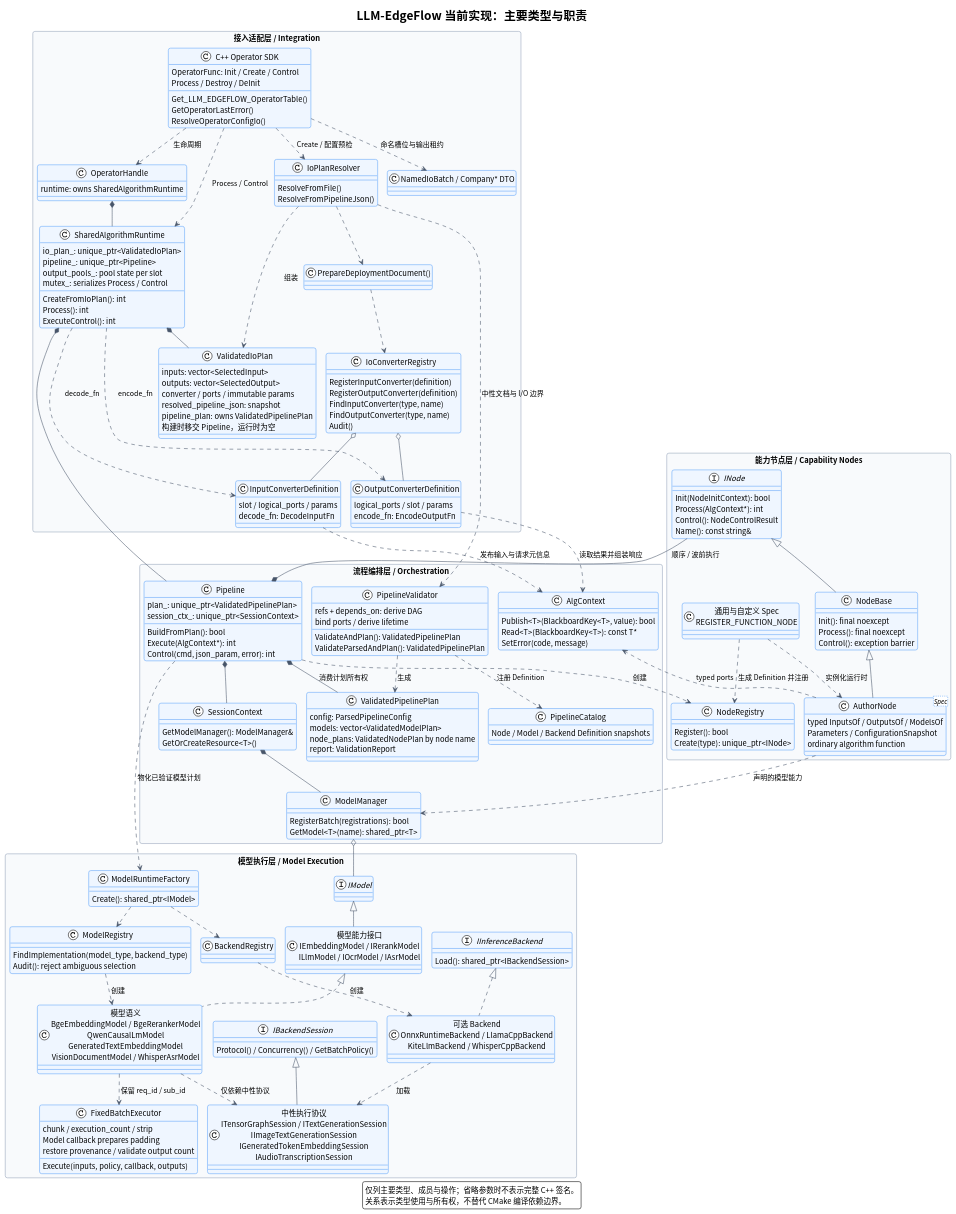
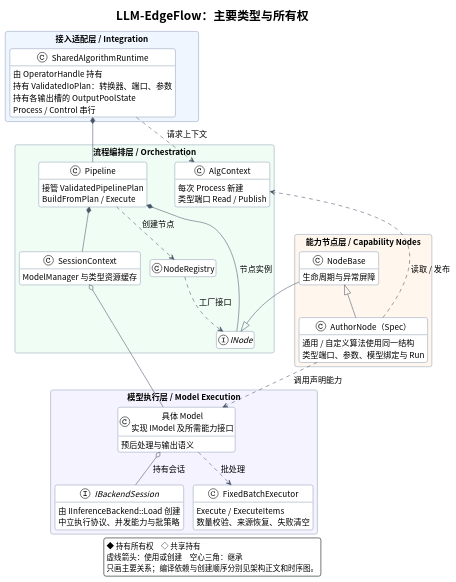
Before and after one commit to chamsechan/LLM-EdgeFlow: the diagram in doc/architecture_classes.puml, drawn with PlantUML. The commit also changed 32 other files, not shown here.

Commit message:
docs: streamline project documentation and align architecture diagrams

```diff
--- a/doc/architecture_classes.puml
+++ b/doc/architecture_classes.puml
@@ -3,6 +3,7 @@
 !theme plain
 skinparam backgroundColor #FFFFFF
 skinparam defaultFontName "Noto Sans CJK SC"
+skinparam defaultFontSize 15
 skinparam shadowing false
 skinparam roundCorner 8
 skinparam packageStyle rectangle
@@ -10,197 +11,81 @@
 skinparam ArrowColor #475569
 skinparam packageBackgroundColor #F8FAFC
 skinparam packageBorderColor #94A3B8
-skinparam classBackgroundColor #EFF6FF
-skinparam classBorderColor #60A5FA
+skinparam classBackgroundColor #FFFFFF
+skinparam classBorderColor #94A3B8
+hide empty members
 
-title LLM-EdgeFlow 当前实现：主要类型与职责
+title LLM-EdgeFlow：主要类型与所有权
 legend bottom
-  仅列主要类型、成员与操作；省略参数时不表示完整 C++ 签名。
-  关系表示类型使用与所有权，不替代 CMake 编译依赖边界。
+  ◆ 持有所有权　◇ 共享持有
+  虚线箭头：使用或创建　空心三角：继承
+  只画主要关系；编译依赖与创建顺序分别见架构正文和时序图。
 endlegend
 
-package "接入适配层 / Integration" {
-  class "C++ Operator SDK" as Operator {
-    Get_LLM_EDGEFLOW_OperatorTable()
-    GetOperatorLastError()
-    ResolveOperatorConfigIo()
-    OperatorFunc: Init / Create / Control
-    Process / Destroy / DeInit
-  }
-  class OperatorHandle {
-    runtime: owns SharedAlgorithmRuntime
-  }
+package "接入适配层 / Integration" as Integration #EFF6FF {
   class SharedAlgorithmRuntime {
-    io_plan_: unique_ptr<ValidatedIoPlan>
-    pipeline_: unique_ptr<Pipeline>
-    output_pools_: pool state per slot
-    mutex_: serializes Process / Control
-    CreateFromIoPlan(): int
-    Process(): int
-    ExecuteControl(): int
-  }
-  class ValidatedIoPlan {
-    inputs: vector<SelectedInput>
-    outputs: vector<SelectedOutput>
-    converter / ports / immutable params
-    resolved_pipeline_json: snapshot
-    pipeline_plan: owns ValidatedPipelinePlan
-    构建时移交 Pipeline，运行时为空
-  }
-  class IoPlanResolver {
-    ResolveFromFile()
-    ResolveFromPipelineJson()
-  }
-  class "PrepareDeploymentDocument()" as PrepareDeployment
-  class IoConverterRegistry {
-    RegisterInputConverter(definition)
-    RegisterOutputConverter(definition)
-    FindInputConverter(type, name)
-    FindOutputConverter(type, name)
-    Audit()
-  }
-  class InputConverterDefinition {
-    slot / logical_ports / params
-    decode_fn: DecodeInputFn
-  }
-  class OutputConverterDefinition {
-    logical_ports / slot / params
-    encode_fn: EncodeOutputFn
-  }
-  class "NamedIoBatch / Company* DTO" as ExternalIo
-}
-
-package "流程编排层 / Orchestration" {
-  class PipelineValidator {
-    ValidateAndPlan(): ValidatedPipelinePlan
-    refs + depends_on: derive DAG
-    bind ports / derive lifetime
-    ValidateParsedAndPlan(): ValidatedPipelinePlan
-  }
-  class ValidatedPipelinePlan {
-    config: ParsedPipelineConfig
-    models: vector<ValidatedModelPlan>
-    node_plans: ValidatedNodePlan by node name
-    report: ValidationReport
-  }
-  class Pipeline {
-    plan_: unique_ptr<ValidatedPipelinePlan>
-    session_ctx_: unique_ptr<SessionContext>
-    BuildFromPlan(): bool
-    Execute(AlgContext*): int
-    Control(cmd, json_param, error): int
-  }
-  class AlgContext {
-    Publish<T>(BlackboardKey<T>, value): bool
-    Read<T>(BlackboardKey<T>): const T*
-    SetError(code, message)
-  }
-  class SessionContext {
-    GetModelManager(): ModelManager&
-    GetOrCreateResource<T>()
-  }
-  class ModelManager {
-    RegisterBatch(registrations): bool
-    GetModel<T>(name): shared_ptr<T>
-  }
-  class PipelineCatalog {
-    Node / Model / Backend Definition snapshots
+    由 OperatorHandle 持有
+    持有 ValidatedIoPlan：转换器、端口、参数
+    持有各输出槽的 OutputPoolState
+    Process / Control 串行
   }
 }
 
-package "能力节点层 / Capability Nodes" {
-  interface INode {
-    Init(NodeInitContext): bool
-    Process(AlgContext*): int
-    Control(): NodeControlResult
-    Name(): const string&
+package "流程编排层 / Orchestration" as Orchestration #F0FDF4 {
+  class Pipeline {
+    接管 ValidatedPipelinePlan
+    BuildFromPlan / Execute
   }
-  class NodeBase {
-    Init(): final noexcept
-    Process(): final noexcept
-    Control(): exception barrier
+  class SessionContext {
+    ModelManager 与类型资源缓存
   }
-  class "AuthorNode<Spec>" as AuthorNode {
-    typed InputsOf / OutputsOf / ModelsOf
-    Parameters / ConfigurationSnapshot
-    ordinary algorithm function
+  class AlgContext {
+    每次 Process 新建
+    类型端口 Read / Publish
   }
-  class NodeRegistry {
-    Register(): bool
-    Create(type): unique_ptr<INode>
-  }
-  class "通用与自定义 Spec\nREGISTER_FUNCTION_NODE" as Specs
+  class NodeRegistry
+  interface INode
 }
 
-package "模型执行层 / Model Execution" {
-  interface IModel
-  class "模型能力接口\nIEmbeddingModel / IRerankModel\nILlmModel / IOcrModel / IAsrModel" as Capabilities
-  class "模型语义\nBgeEmbeddingModel / BgeRerankerModel\nQwenCausalLmModel\nGeneratedTextEmbeddingModel\nVisionDocumentModel / WhisperAsrModel" as Models
-  class ModelRegistry {
-    FindImplementation(model_type, backend_type)
-    Audit(): reject ambiguous selection
+package "能力节点层 / Capability Nodes" as Nodes #FFF7ED {
+  class NodeBase {
+    生命周期与异常屏障
   }
-  class ModelRuntimeFactory {
-    Create(): shared_ptr<IModel>
-  }
-  class BackendRegistry
-  interface IInferenceBackend {
-    Load(): shared_ptr<IBackendSession>
-  }
-  interface IBackendSession {
-    Protocol() / Concurrency() / GetBatchPolicy()
-  }
-  class "中性执行协议\nITensorGraphSession / ITextGenerationSession\nIImageTextGenerationSession\nIGeneratedTokenEmbeddingSession\nIAudioTranscriptionSession" as Sessions
-  class "可选 Backend\nOnnxRuntimeBackend / LlamaCppBackend\nKiteLlmBackend / WhisperCppBackend" as Backends
-  class FixedBatchExecutor {
-    Execute(inputs, policy, callback, outputs)
-    chunk / execution_count / strip
-    Model callback prepares padding
-    restore provenance / validate output count
+  class "AuthorNode（Spec）" as AuthorNode {
+    通用 / 自定义算法使用同一结构
+    类型端口、参数、模型绑定与 Run
   }
 }
 
-Operator ..> ExternalIo : 命名槽位与输出租约
-Operator ..> OperatorHandle : 生命周期
-OperatorHandle *-- SharedAlgorithmRuntime
-SharedAlgorithmRuntime *-- ValidatedIoPlan
+package "模型执行层 / Model Execution" as Execution #F5F3FF {
+  class "具体 Model\n实现 IModel 及所需能力接口" as Model {
+    预后处理与输出语义
+  }
+  interface IBackendSession {
+    由 IInferenceBackend::Load 创建
+    中立执行协议、并发能力与批策略
+  }
+  class FixedBatchExecutor {
+    Execute / ExecuteItems
+    数量校验、来源恢复、失败清空
+  }
+}
+
 SharedAlgorithmRuntime *-- Pipeline
-Operator ..> IoPlanResolver : Create / 配置预检
-IoPlanResolver ..> PrepareDeployment
-PrepareDeployment ..> IoConverterRegistry
-IoPlanResolver ..> PipelineValidator : 中性文档与 I/O 边界
-IoPlanResolver ..> ValidatedIoPlan : 组装
-IoConverterRegistry o-- InputConverterDefinition
-IoConverterRegistry o-- OutputConverterDefinition
-Operator ..> SharedAlgorithmRuntime : Process / Control
-SharedAlgorithmRuntime ..> InputConverterDefinition : decode_fn
-SharedAlgorithmRuntime ..> OutputConverterDefinition : encode_fn
-InputConverterDefinition ..> AlgContext : 发布输入与请求元信息
-OutputConverterDefinition ..> AlgContext : 读取结果并组装响应
-PipelineValidator ..> PipelineCatalog : 注册 Definition
-PipelineValidator ..> ValidatedPipelinePlan : 生成
-Pipeline *-- ValidatedPipelinePlan : 消费计划所有权
+SharedAlgorithmRuntime ..> AlgContext : 请求上下文
 Pipeline *-- SessionContext
-SessionContext *-- ModelManager
-Pipeline *-- INode : 顺序 / 波前执行
-Pipeline ..> NodeRegistry : 创建
-INode <|-- NodeBase
-NodeBase <|-- AuthorNode
-Specs ..> AuthorNode : 实例化运行时
-Specs ..> NodeRegistry : 生成 Definition 并注册
-AuthorNode ..> AlgContext : typed ports
-AuthorNode ..> ModelManager : 声明的模型能力
-IModel <|-- Capabilities
-Capabilities <|.. Models
-ModelManager o-- IModel
-Pipeline ..> ModelRuntimeFactory : 物化已验证模型计划
-ModelRuntimeFactory ..> ModelRegistry
-ModelRuntimeFactory ..> BackendRegistry
-ModelRegistry ..> Models : 创建
-BackendRegistry ..> Backends : 创建
-IInferenceBackend <|.. Backends
-Backends ..> Sessions : 加载
-IBackendSession <|-- Sessions
-Models ..> Sessions : 仅依赖中性协议
-Models ..> FixedBatchExecutor : 保留 req_id / sub_id
+Pipeline *-- INode : 节点实例
+Pipeline ..> NodeRegistry : 创建节点
+NodeRegistry ..> INode : 工厂接口
+NodeBase -up-|> INode
+AuthorNode -up-|> NodeBase
+AuthorNode ..> AlgContext : 读取 / 发布
+AuthorNode ..> Model : 调用声明能力
+SessionContext o-- Model
+Model o-- IBackendSession : 持有会话
+Model ..> FixedBatchExecutor : 批处理
+
+Integration -[hidden]down-> Orchestration
+Orchestration -[hidden]down-> Nodes
+Nodes -[hidden]down-> Execution
 @enduml
```
